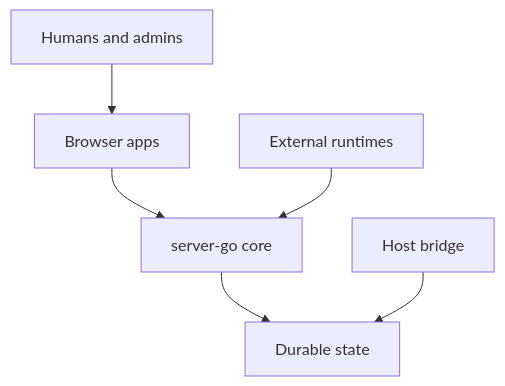
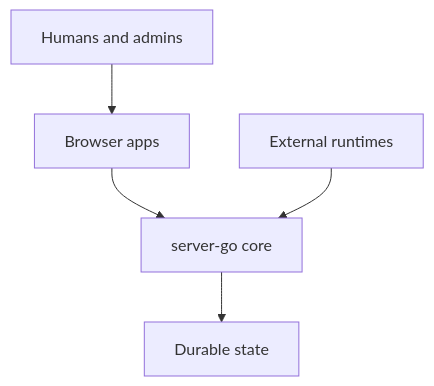
Before and after one commit to codetreker/borgee: the diagram in docs/current/system-overview.md, drawn with Mermaid. The commit also changed other lines of this file and 27 other files, not shown here.

First line of the commit message:
t7: cross-cutting docs sync — drop host-bridge, rewrite remote-agent, sync known-gaps (bf-wo remote-agent-redesign) (#1104)

````diff
--- a/docs/current/system-overview.md
+++ b/docs/current/system-overview.md
@@ -7,15 +7,13 @@
 ```mermaid
 flowchart TB
   humans[Humans and admins]
   browser[Browser apps]
   core[server-go core]
   durable[Durable state]
   agents[External runtimes]
-  host[Host bridge]
 
   humans --> browser
   browser --> core
   core --> durable
   agents --> core
-  host --> durable
 ```
````
